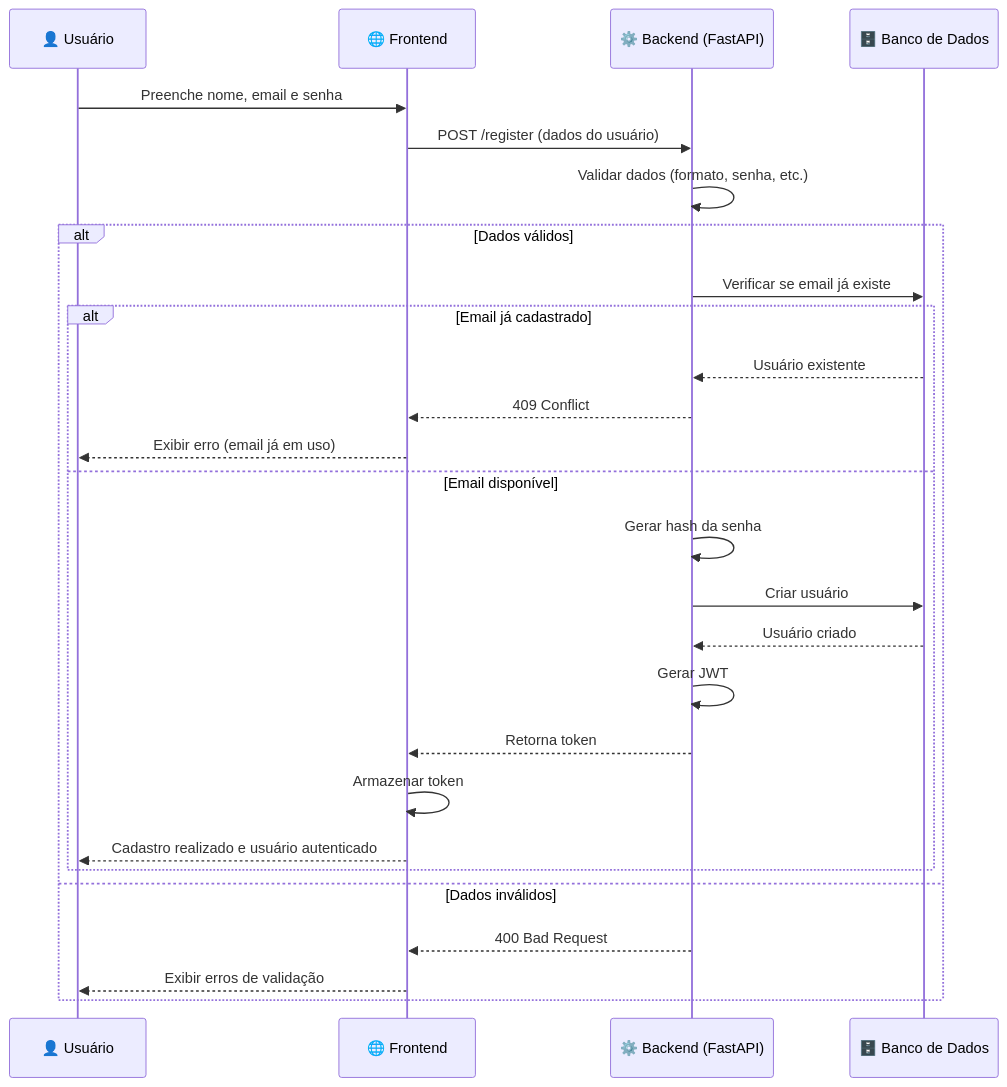
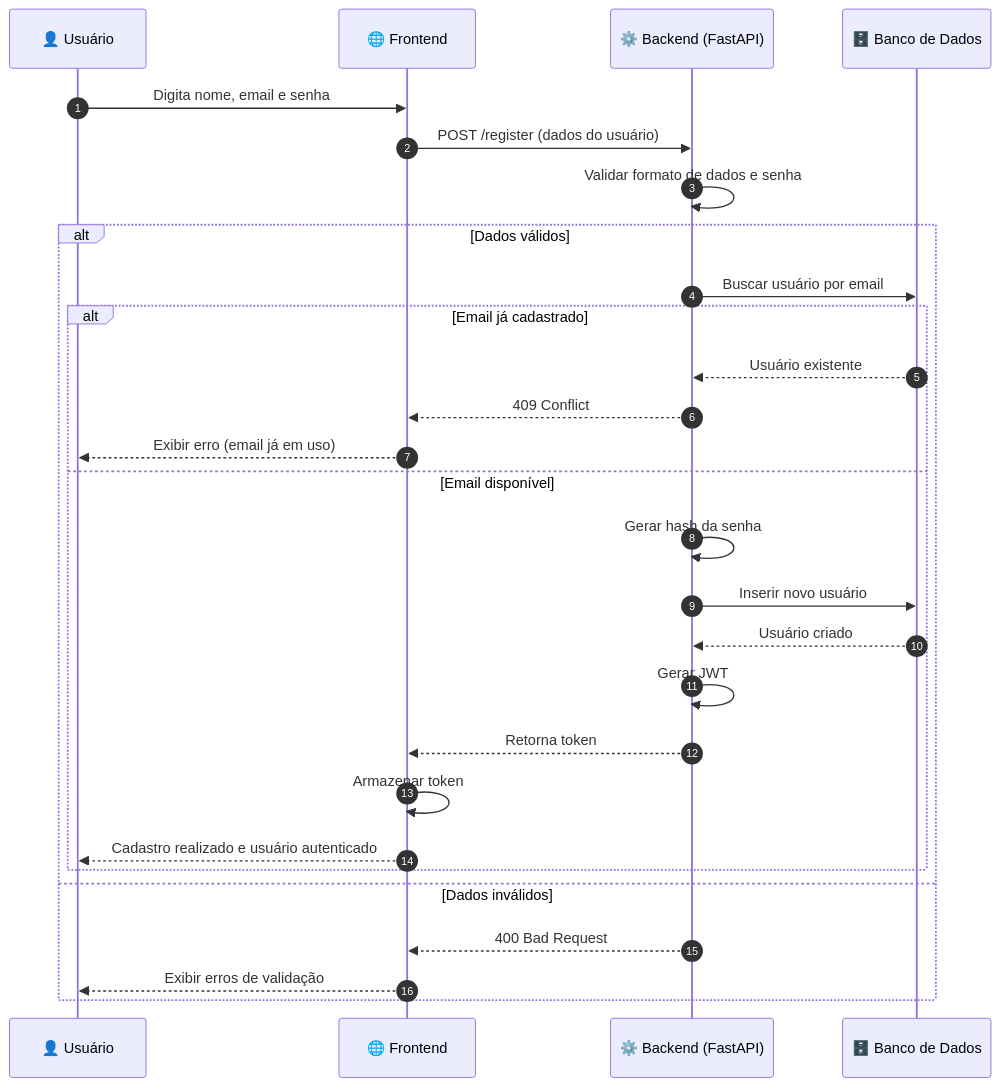
The fourth of 8 diagrams in README.md (Kevyn02/TaskFlow), drawn with Mermaid before and after one commit. The commit also changed other lines of this file, not shown here.

Commit message:
docs: corrigir diagrama de sequência e adicionar fluxo de status por projeto

````diff
--- a/README.md
+++ b/README.md
@@ -596,38 +601,43 @@
 ```mermaid id="seq-signup-basic"
 sequenceDiagram
-
+    autonumber
     participant U as 👤 Usuário
     participant FE as 🌐 Frontend
     participant API as ⚙️ Backend (FastAPI)
     participant DB as 🗄️ Banco de Dados
 
-    U->>FE: Preenche nome, email e senha
+    %% 1. Preencher dados do usuário
+    U->>FE: Digita nome, email e senha
     FE->>API: POST /register (dados do usuário)
 
-    API->>API: Validar dados (formato, senha, etc.)
+    %% 2. Validar dados no backend
+    API->>API: Validar formato de dados e senha
 
     alt Dados válidos
-        API->>DB: Verificar se email já existe
+        %% 3. Verificar se email já existe
+        API->>DB: Buscar usuário por email
 
         alt Email já cadastrado
             DB-->>API: Usuário existente
             API-->>FE: 409 Conflict
             FE-->>U: Exibir erro (email já em uso)
         else Email disponível
+            %% 4. Criar usuário
             API->>API: Gerar hash da senha
-            API->>DB: Criar usuário
-
+            API->>DB: Inserir novo usuário
             DB-->>API: Usuário criado
 
+            %% 5. Gerar token JWT
             API->>API: Gerar JWT
             API-->>FE: Retorna token
 
+            %% 6. Armazenar token e autenticar
             FE->>FE: Armazenar token
             FE-->>U: Cadastro realizado e usuário autenticado
         end
 
     else Dados inválidos
         API-->>FE: 400 Bad Request
         FE-->>U: Exibir erros de validação
     end
 ```
````
